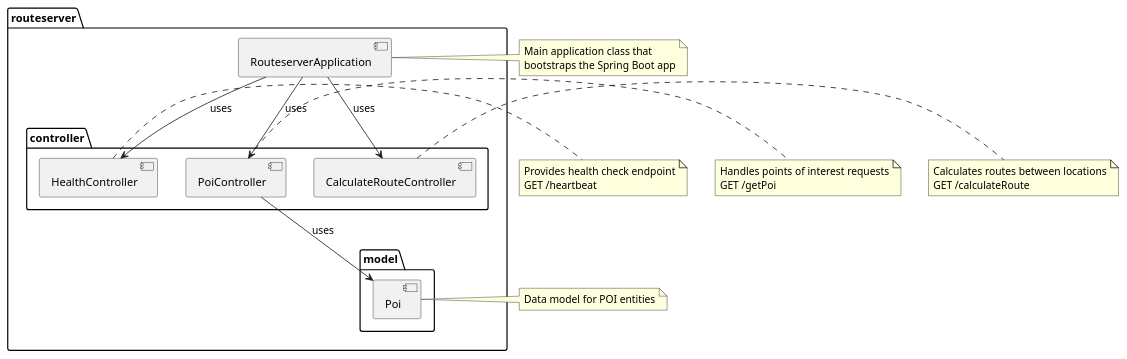
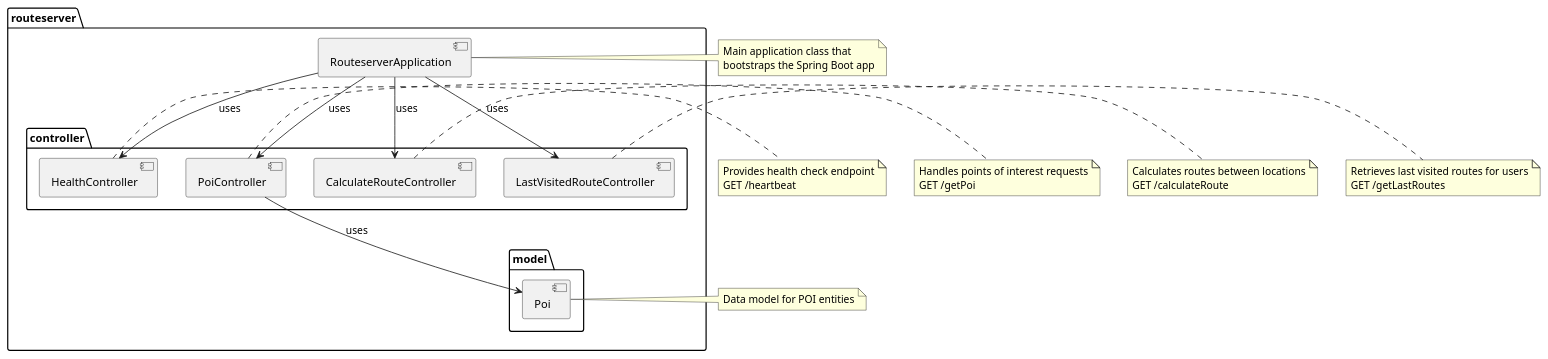
Before and after one commit to RobertinoSolanas/nelliebly: the diagram in arc42/src/00_buildingblocks.puml, drawn with PlantUML. The commit also changed 2 other files, not shown here.

Commit message:
feat: add LastVisitedRouteController with tests and update architecture docs

```diff
--- a/arc42/src/00_buildingblocks.puml
+++ b/arc42/src/00_buildingblocks.puml
@@ -2,44 +2,51 @@
 @startuml routeserver
 package "routeserver" {
   [RouteserverApplication] as app
   
   package "controller" {
     [HealthController] as health
     [PoiController] as poi
     [CalculateRouteController] as route
+    [LastVisitedRouteController] as lastRoutes
   }
   
   package "model" {
     [Poi] as poiModel
   }
   
   app --> health : uses
   app --> poi : uses
   app --> route : uses
+  app --> lastRoutes : uses
   poi --> poiModel : uses
 }
 
 note right of app
   Main application class that
   bootstraps the Spring Boot app
 end note
 
 note right of health
   Provides health check endpoint
   GET /heartbeat
 end note
 
 note right of poi
   Handles points of interest requests
   GET /getPoi
 end note
 
 note right of route
   Calculates routes between locations
   GET /calculateRoute
 end note
 
+note right of lastRoutes
+  Retrieves last visited routes for users
+  GET /getLastRoutes
+end note
+
 note right of poiModel
   Data model for POI entities
 end note
 @enduml
```
